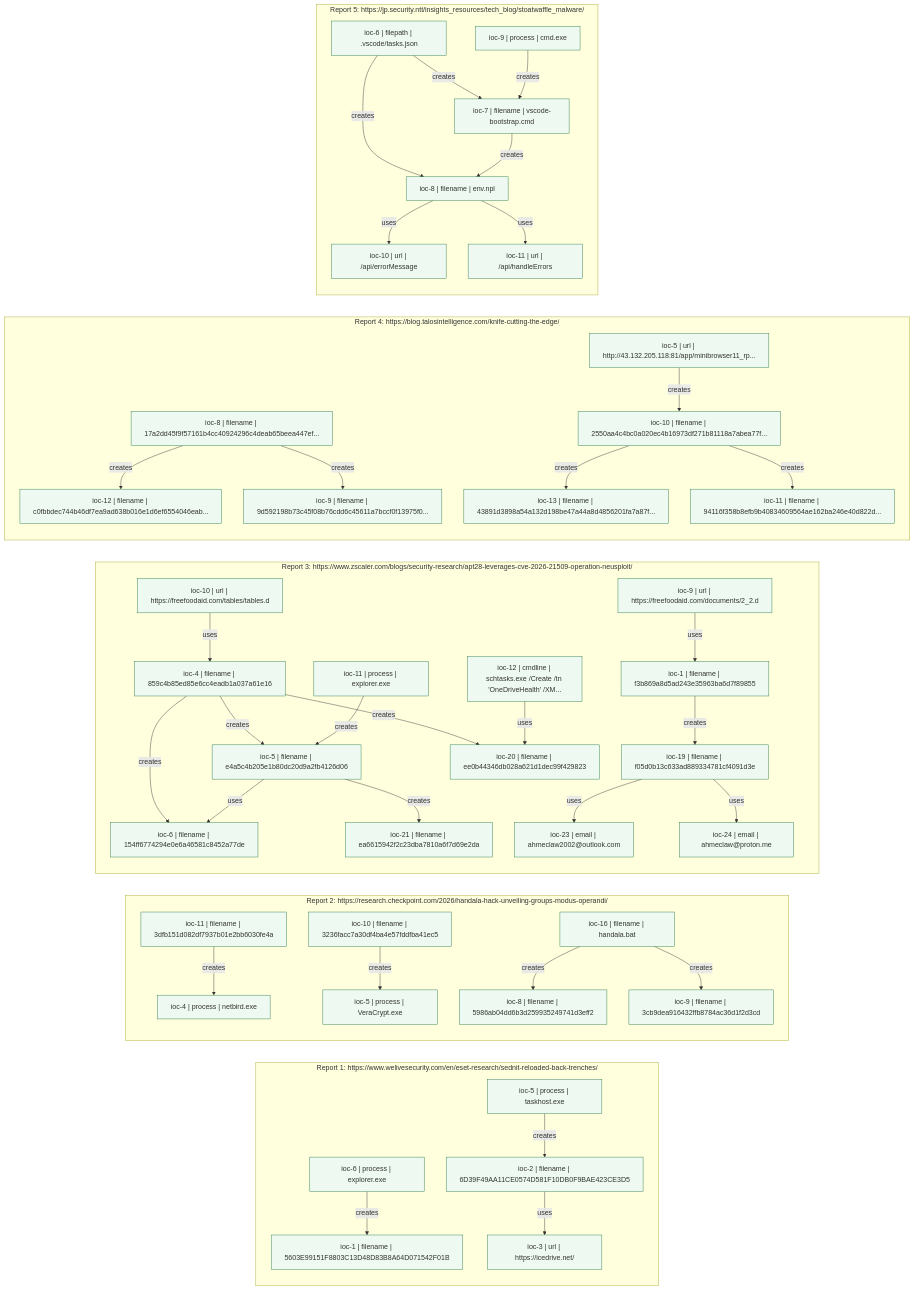
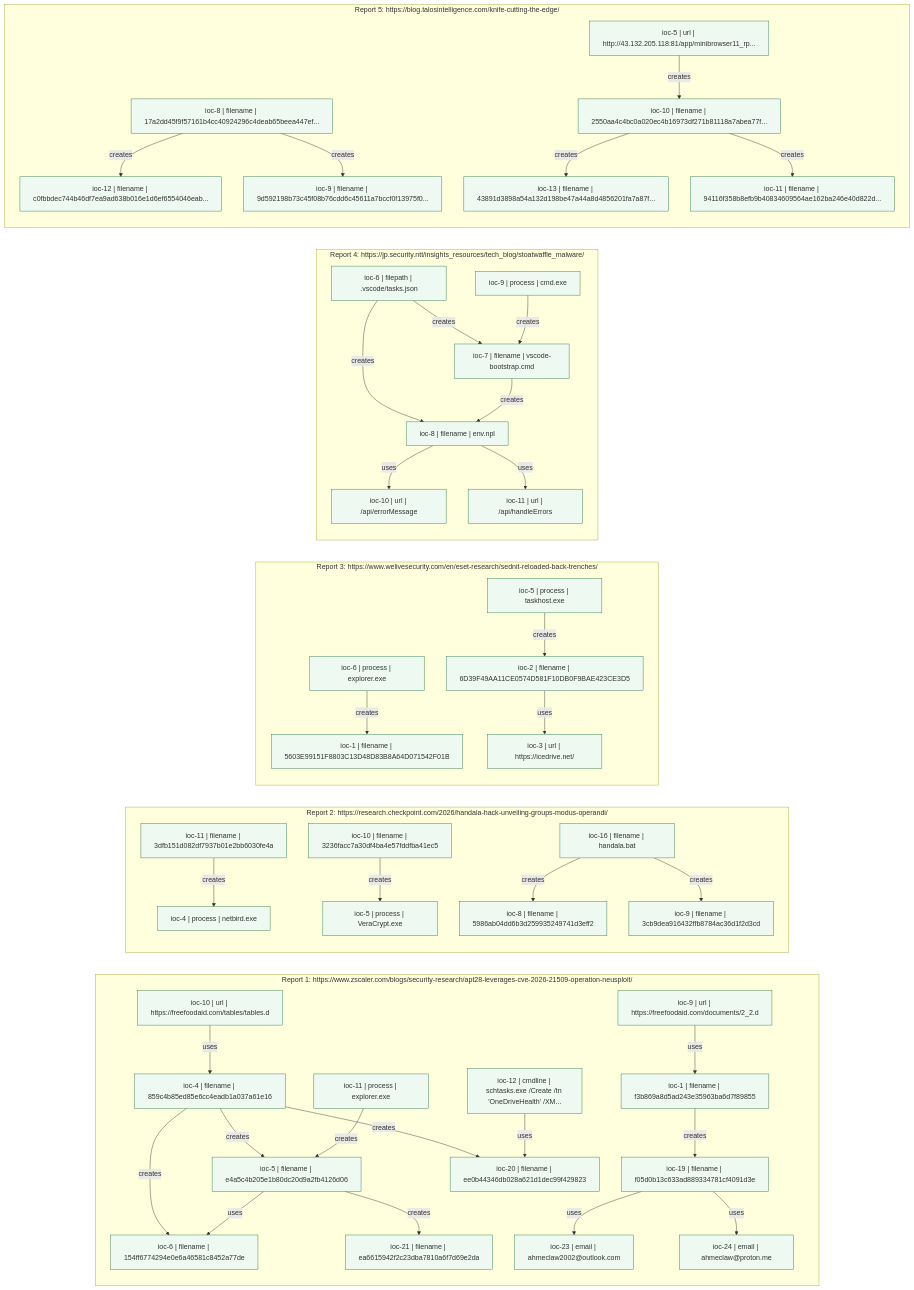
One commit to dlegezo/automation changed the diagram in cti_parser/diagrams/iocs_chain.mmd. Above: the diagram before and after it, drawn with Mermaid. The commit also changed 11 other files, not shown here.

Commit message:
Refactor TTP chain diagrams and update API documentation

```diff
--- a/cti_parser/diagrams/iocs_chain.mmd
+++ b/cti_parser/diagrams/iocs_chain.mmd
@@ -1,126 +1,126 @@
 flowchart LR
-    %% Auto-generated from outbound/outbound.json
+    %% Auto-generated from outbound/*.json
     %% IOC chains only (derived from xrefs creates/uses)
 
-    subgraph report_1["Report 1: https://www.welivesecurity.com/en/eset-research/sednit-reloaded-back-trenches/"]
-    r1_ioc_1["ioc-1 | filename | 5603E99151F8803C13D48D83B8A64D071542F01B"]
-    r1_ioc_2["ioc-2 | filename | 6D39F49AA11CE0574D581F10DB0F9BAE423CE3D5"]
-    r1_ioc_3["ioc-3 | url | https://icedrive.net/"]
-    r1_ioc_5["ioc-5 | process | taskhost.exe"]
-    r1_ioc_6["ioc-6 | process | explorer.exe"]
-    r1_ioc_5 -->|creates| r1_ioc_2
-    r1_ioc_6 -->|creates| r1_ioc_1
-    r1_ioc_2 -->|uses| r1_ioc_3
+    subgraph report_1["Report 1: https://www.zscaler.com/blogs/security-research/apt28-leverages-cve-2026-21509-operation-neusploit/"]
+    r1_ioc_1["ioc-1 | filename | f3b869a8d5ad243e35963ba6d7f89855"]
+    r1_ioc_10["ioc-10 | url | https://freefoodaid.com/tables/tables.d"]
+    r1_ioc_11["ioc-11 | process | explorer.exe"]
+    r1_ioc_12["ioc-12 | cmdline | schtasks.exe /Create /tn 'OneDriveHealth' /XM..."]
+    r1_ioc_19["ioc-19 | filename | f05d0b13c633ad889334781cf4091d3e"]
+    r1_ioc_20["ioc-20 | filename | ee0b44346db028a621d1dec99f429823"]
+    r1_ioc_21["ioc-21 | filename | ea6615942f2c23dba7810a6f7d69e2da"]
+    r1_ioc_23["ioc-23 | email | ahmeclaw2002@outlook.com"]
+    r1_ioc_24["ioc-24 | email | ahmeclaw@proton.me"]
+    r1_ioc_4["ioc-4 | filename | 859c4b85ed85e6cc4eadb1a037a61e16"]
+    r1_ioc_5["ioc-5 | filename | e4a5c4b205e1b80dc20d9a2fb4126d06"]
+    r1_ioc_6["ioc-6 | filename | 154ff6774294e0e6a46581c8452a77de"]
+    r1_ioc_9["ioc-9 | url | https://freefoodaid.com/documents/2_2.d"]
+    r1_ioc_9 -->|uses| r1_ioc_1
+    r1_ioc_10 -->|uses| r1_ioc_4
+    r1_ioc_1 -->|creates| r1_ioc_19
+    r1_ioc_4 -->|creates| r1_ioc_5
+    r1_ioc_4 -->|creates| r1_ioc_6
+    r1_ioc_4 -->|creates| r1_ioc_20
+    r1_ioc_12 -->|uses| r1_ioc_20
+    r1_ioc_11 -->|creates| r1_ioc_5
+    r1_ioc_5 -->|uses| r1_ioc_6
+    r1_ioc_5 -->|creates| r1_ioc_21
+    r1_ioc_19 -->|uses| r1_ioc_23
+    r1_ioc_19 -->|uses| r1_ioc_24
     end
 
     subgraph report_2["Report 2: https://research.checkpoint.com/2026/handala-hack-unveiling-groups-modus-operandi/"]
     r2_ioc_10["ioc-10 | filename | 3236facc7a30df4ba4e57fddfba41ec5"]
     r2_ioc_11["ioc-11 | filename | 3dfb151d082df7937b01e2bb6030fe4a"]
     r2_ioc_16["ioc-16 | filename | handala.bat"]
     r2_ioc_4["ioc-4 | process | netbird.exe"]
     r2_ioc_5["ioc-5 | process | VeraCrypt.exe"]
     r2_ioc_8["ioc-8 | filename | 5986ab04dd6b3d259935249741d3eff2"]
     r2_ioc_9["ioc-9 | filename | 3cb9dea916432ffb8784ac36d1f2d3cd"]
     r2_ioc_11 -->|creates| r2_ioc_4
     r2_ioc_10 -->|creates| r2_ioc_5
     r2_ioc_16 -->|creates| r2_ioc_8
     r2_ioc_16 -->|creates| r2_ioc_9
     end
 
-    subgraph report_3["Report 3: https://www.zscaler.com/blogs/security-research/apt28-leverages-cve-2026-21509-operation-neusploit/"]
-    r3_ioc_1["ioc-1 | filename | f3b869a8d5ad243e35963ba6d7f89855"]
-    r3_ioc_10["ioc-10 | url | https://freefoodaid.com/tables/tables.d"]
-    r3_ioc_11["ioc-11 | process | explorer.exe"]
-    r3_ioc_12["ioc-12 | cmdline | schtasks.exe /Create /tn 'OneDriveHealth' /XM..."]
-    r3_ioc_19["ioc-19 | filename | f05d0b13c633ad889334781cf4091d3e"]
-    r3_ioc_20["ioc-20 | filename | ee0b44346db028a621d1dec99f429823"]
-    r3_ioc_21["ioc-21 | filename | ea6615942f2c23dba7810a6f7d69e2da"]
-    r3_ioc_23["ioc-23 | email | ahmeclaw2002@outlook.com"]
-    r3_ioc_24["ioc-24 | email | ahmeclaw@proton.me"]
-    r3_ioc_4["ioc-4 | filename | 859c4b85ed85e6cc4eadb1a037a61e16"]
-    r3_ioc_5["ioc-5 | filename | e4a5c4b205e1b80dc20d9a2fb4126d06"]
-    r3_ioc_6["ioc-6 | filename | 154ff6774294e0e6a46581c8452a77de"]
-    r3_ioc_9["ioc-9 | url | https://freefoodaid.com/documents/2_2.d"]
-    r3_ioc_9 -->|uses| r3_ioc_1
-    r3_ioc_10 -->|uses| r3_ioc_4
-    r3_ioc_1 -->|creates| r3_ioc_19
-    r3_ioc_4 -->|creates| r3_ioc_5
-    r3_ioc_4 -->|creates| r3_ioc_6
-    r3_ioc_4 -->|creates| r3_ioc_20
-    r3_ioc_12 -->|uses| r3_ioc_20
-    r3_ioc_11 -->|creates| r3_ioc_5
-    r3_ioc_5 -->|uses| r3_ioc_6
-    r3_ioc_5 -->|creates| r3_ioc_21
-    r3_ioc_19 -->|uses| r3_ioc_23
-    r3_ioc_19 -->|uses| r3_ioc_24
+    subgraph report_3["Report 3: https://www.welivesecurity.com/en/eset-research/sednit-reloaded-back-trenches/"]
+    r3_ioc_1["ioc-1 | filename | 5603E99151F8803C13D48D83B8A64D071542F01B"]
+    r3_ioc_2["ioc-2 | filename | 6D39F49AA11CE0574D581F10DB0F9BAE423CE3D5"]
+    r3_ioc_3["ioc-3 | url | https://icedrive.net/"]
+    r3_ioc_5["ioc-5 | process | taskhost.exe"]
+    r3_ioc_6["ioc-6 | process | explorer.exe"]
+    r3_ioc_5 -->|creates| r3_ioc_2
+    r3_ioc_6 -->|creates| r3_ioc_1
+    r3_ioc_2 -->|uses| r3_ioc_3
     end
 
-    subgraph report_4["Report 4: https://blog.talosintelligence.com/knife-cutting-the-edge/"]
-    r4_ioc_10["ioc-10 | filename | 2550aa4c4bc0a020ec4b16973df271b81118a7abea77f..."]
-    r4_ioc_11["ioc-11 | filename | 94116f358b8efb9b40834609564ae162ba246e40d822d..."]
-    r4_ioc_12["ioc-12 | filename | c0fbbdec744b46df7ea9ad638b016e1d6ef6554046eab..."]
-    r4_ioc_13["ioc-13 | filename | 43891d3898a54a132d198be47a44a8d4856201fa7a87f..."]
-    r4_ioc_5["ioc-5 | url | http://43.132.205.118:81/app/minibrowser11_rp..."]
-    r4_ioc_8["ioc-8 | filename | 17a2dd45f9f57161b4cc40924296c4deab65beea447ef..."]
-    r4_ioc_9["ioc-9 | filename | 9d592198b73c45f08b76cdd6c45611a7bccf0f13975f0..."]
-    r4_ioc_8 -->|creates| r4_ioc_12
-    r4_ioc_8 -->|creates| r4_ioc_9
-    r4_ioc_5 -->|creates| r4_ioc_10
-    r4_ioc_10 -->|creates| r4_ioc_13
-    r4_ioc_10 -->|creates| r4_ioc_11
+    subgraph report_4["Report 4: https://jp.security.ntt/insights_resources/tech_blog/stoatwaffle_malware/"]
+    r4_ioc_10["ioc-10 | url | /api/errorMessage"]
+    r4_ioc_11["ioc-11 | url | /api/handleErrors"]
+    r4_ioc_6["ioc-6 | filepath | .vscode/tasks.json"]
+    r4_ioc_7["ioc-7 | filename | vscode-bootstrap.cmd"]
+    r4_ioc_8["ioc-8 | filename | env.npl"]
+    r4_ioc_9["ioc-9 | process | cmd.exe"]
+    r4_ioc_6 -->|creates| r4_ioc_7
+    r4_ioc_6 -->|creates| r4_ioc_8
+    r4_ioc_9 -->|creates| r4_ioc_7
+    r4_ioc_7 -->|creates| r4_ioc_8
+    r4_ioc_8 -->|uses| r4_ioc_10
+    r4_ioc_8 -->|uses| r4_ioc_11
     end
 
-    subgraph report_5["Report 5: https://jp.security.ntt/insights_resources/tech_blog/stoatwaffle_malware/"]
-    r5_ioc_10["ioc-10 | url | /api/errorMessage"]
-    r5_ioc_11["ioc-11 | url | /api/handleErrors"]
-    r5_ioc_6["ioc-6 | filepath | .vscode/tasks.json"]
-    r5_ioc_7["ioc-7 | filename | vscode-bootstrap.cmd"]
-    r5_ioc_8["ioc-8 | filename | env.npl"]
-    r5_ioc_9["ioc-9 | process | cmd.exe"]
-    r5_ioc_6 -->|creates| r5_ioc_7
-    r5_ioc_6 -->|creates| r5_ioc_8
-    r5_ioc_9 -->|creates| r5_ioc_7
-    r5_ioc_7 -->|creates| r5_ioc_8
-    r5_ioc_8 -->|uses| r5_ioc_10
-    r5_ioc_8 -->|uses| r5_ioc_11
+    subgraph report_5["Report 5: https://blog.talosintelligence.com/knife-cutting-the-edge/"]
+    r5_ioc_10["ioc-10 | filename | 2550aa4c4bc0a020ec4b16973df271b81118a7abea77f..."]
+    r5_ioc_11["ioc-11 | filename | 94116f358b8efb9b40834609564ae162ba246e40d822d..."]
+    r5_ioc_12["ioc-12 | filename | c0fbbdec744b46df7ea9ad638b016e1d6ef6554046eab..."]
+    r5_ioc_13["ioc-13 | filename | 43891d3898a54a132d198be47a44a8d4856201fa7a87f..."]
+    r5_ioc_5["ioc-5 | url | http://43.132.205.118:81/app/minibrowser11_rp..."]
+    r5_ioc_8["ioc-8 | filename | 17a2dd45f9f57161b4cc40924296c4deab65beea447ef..."]
+    r5_ioc_9["ioc-9 | filename | 9d592198b73c45f08b76cdd6c45611a7bccf0f13975f0..."]
+    r5_ioc_8 -->|creates| r5_ioc_12
+    r5_ioc_8 -->|creates| r5_ioc_9
+    r5_ioc_5 -->|creates| r5_ioc_10
+    r5_ioc_10 -->|creates| r5_ioc_13
+    r5_ioc_10 -->|creates| r5_ioc_11
     end
 
     classDef ioc fill:#eefaf1,stroke:#2c7a4b,stroke-width:1px
     class r1_ioc_1 ioc
-    class r1_ioc_2 ioc
-    class r1_ioc_3 ioc
+    class r1_ioc_10 ioc
+    class r1_ioc_11 ioc
+    class r1_ioc_12 ioc
+    class r1_ioc_19 ioc
+    class r1_ioc_20 ioc
+    class r1_ioc_21 ioc
+    class r1_ioc_23 ioc
+    class r1_ioc_24 ioc
+    class r1_ioc_4 ioc
     class r1_ioc_5 ioc
     class r1_ioc_6 ioc
+    class r1_ioc_9 ioc
     class r2_ioc_10 ioc
     class r2_ioc_11 ioc
     class r2_ioc_16 ioc
     class r2_ioc_4 ioc
     class r2_ioc_5 ioc
     class r2_ioc_8 ioc
     class r2_ioc_9 ioc
     class r3_ioc_1 ioc
-    class r3_ioc_10 ioc
-    class r3_ioc_11 ioc
-    class r3_ioc_12 ioc
-    class r3_ioc_19 ioc
-    class r3_ioc_20 ioc
-    class r3_ioc_21 ioc
-    class r3_ioc_23 ioc
-    class r3_ioc_24 ioc
-    class r3_ioc_4 ioc
+    class r3_ioc_2 ioc
+    class r3_ioc_3 ioc
     class r3_ioc_5 ioc
     class r3_ioc_6 ioc
-    class r3_ioc_9 ioc
     class r4_ioc_10 ioc
     class r4_ioc_11 ioc
-    class r4_ioc_12 ioc
-    class r4_ioc_13 ioc
-    class r4_ioc_5 ioc
+    class r4_ioc_6 ioc
+    class r4_ioc_7 ioc
     class r4_ioc_8 ioc
     class r4_ioc_9 ioc
     class r5_ioc_10 ioc
     class r5_ioc_11 ioc
-    class r5_ioc_6 ioc
-    class r5_ioc_7 ioc
+    class r5_ioc_12 ioc
+    class r5_ioc_13 ioc
+    class r5_ioc_5 ioc
     class r5_ioc_8 ioc
     class r5_ioc_9 ioc
```
